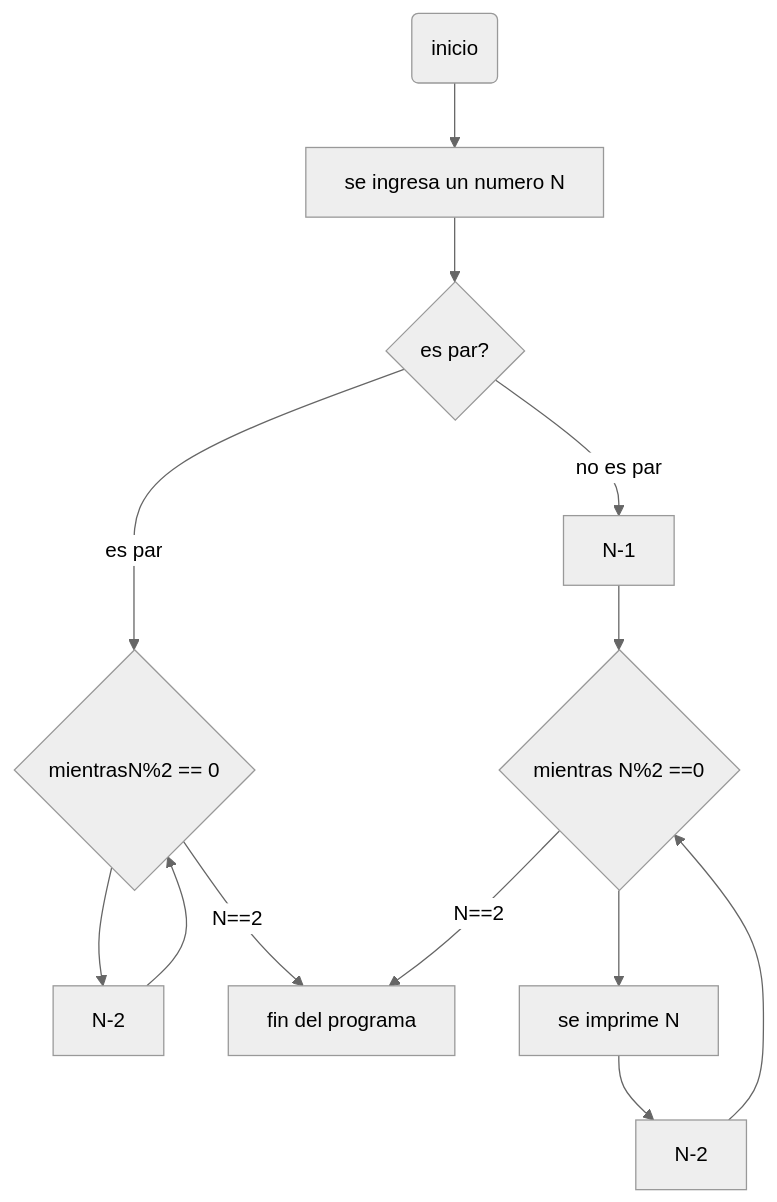
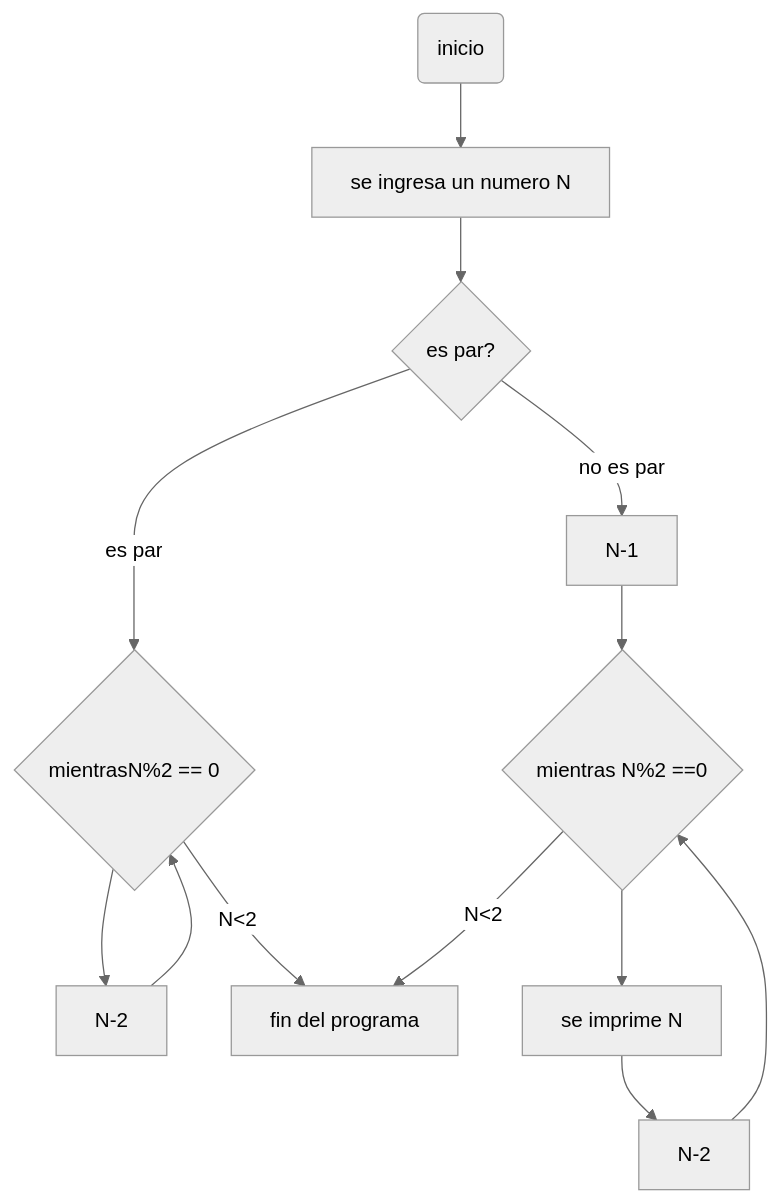
One commit to JavierGONL/repo_reto_7 changed the third of 3 diagrams in README.md. Above: the diagram before and after it, drawn with Mermaid (neutral theme).

````diff
--- a/README.md
+++ b/README.md
@@ -83,7 +83,7 @@
 ```mermaid
 flowchart TD
     A(inicio) --> B[se ingresa un numero N]
     B --> C{es par?} -->|es par| D{mientrasN%2 == 0} 
-    D --> E[N-2] --> D --> | N==2|K[fin del programa]
-    C --> |no es par|F[N-1] --> G{mientras N%2 ==0} --> H[se imprime N] --> j[N-2] --> G --> | N==2|K[fin del programa]
+    D --> E[N-2] --> D --> | N<2|K[fin del programa]
+    C --> |no es par|F[N-1] --> G{mientras N%2 ==0} --> H[se imprime N] --> j[N-2] --> G --> | N<2|K[fin del programa]
 ```
````
